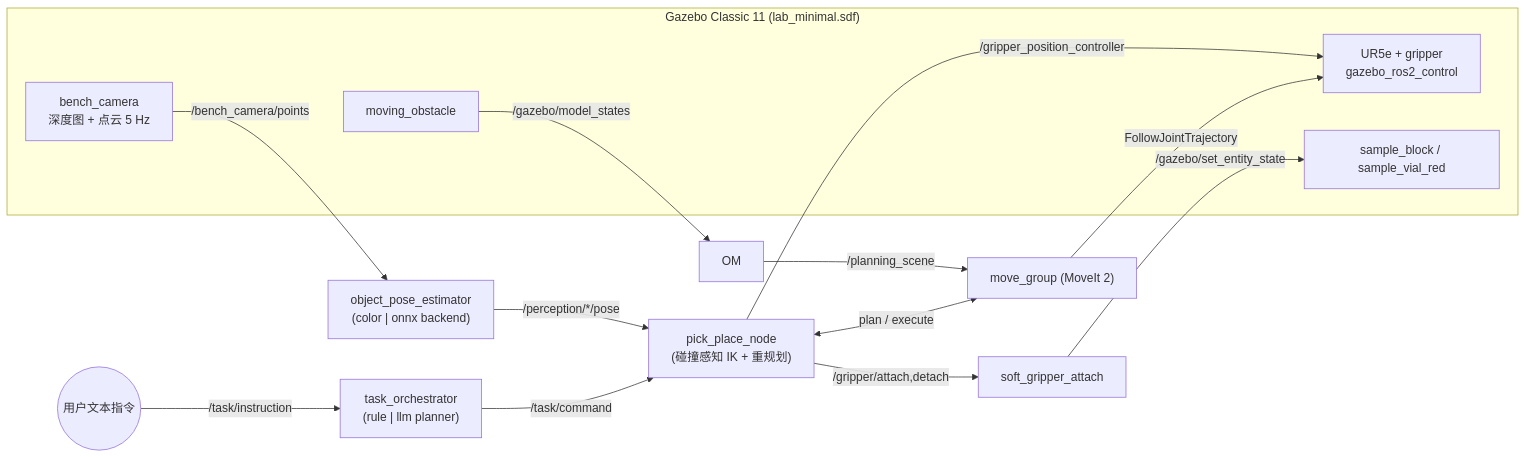
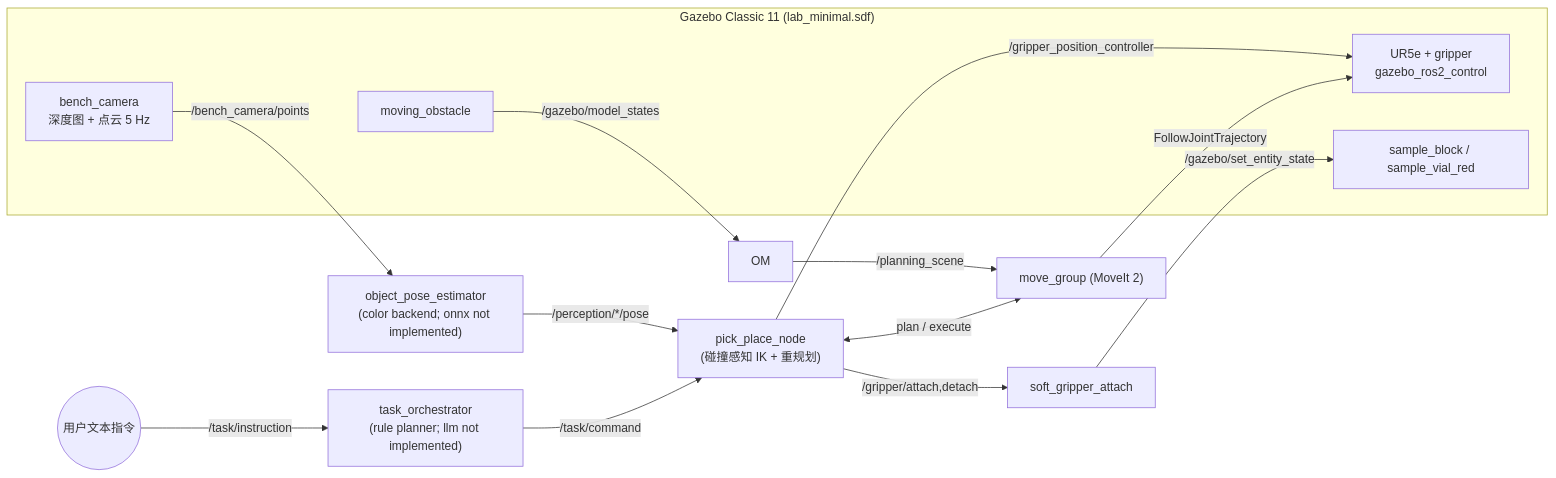
The diagram in README.md (deepseek-p/robot_lab_demo), drawn with Mermaid before and after one commit. The commit also changed other lines of this file and 7 other files, not shown here.

````diff
--- a/README.md
+++ b/README.md
@@ -9,20 +9,20 @@
 ```mermaid
 flowchart LR
     subgraph Gazebo["Gazebo Classic 11 (lab_minimal.sdf)"]
         CAM["bench_camera<br/>深度图 + 点云 5 Hz"]
         OBJ["sample_block / sample_vial_red"]
     OBS["moving_obstacle"]
     UR["UR5e + gripper<br/>gazebo_ros2_control"]
     end
-    CAM -->|/bench_camera/points| PER["object_pose_estimator<br/>(color | onnx backend)"]
+    CAM -->|/bench_camera/points| PER["object_pose_estimator<br/>(color backend; onnx not implemented)"]
     PER -->|/perception/*/pose| PP["pick_place_node<br/>(碰撞感知 IK + 重规划)"]
     OBS -->|/gazebo/model_states| OM
     OM -->|/planning_scene| MG["move_group (MoveIt 2)"]
-    USER(("用户文本指令")) -->|/task/instruction| ORC["task_orchestrator<br/>(rule | llm planner)"]
+    USER(("用户文本指令")) -->|/task/instruction| ORC["task_orchestrator<br/>(rule planner; llm not implemented)"]
     ORC -->|/task/command| PP
     PP <-->|plan / execute| MG
     MG -->|FollowJointTrajectory| UR
     PP -->|/gripper_position_controller| UR
     PP -->|/gripper/attach,detach| SGA["soft_gripper_attach"]
     SGA -->|/gazebo/set_entity_state| OBJ
 ```
````
